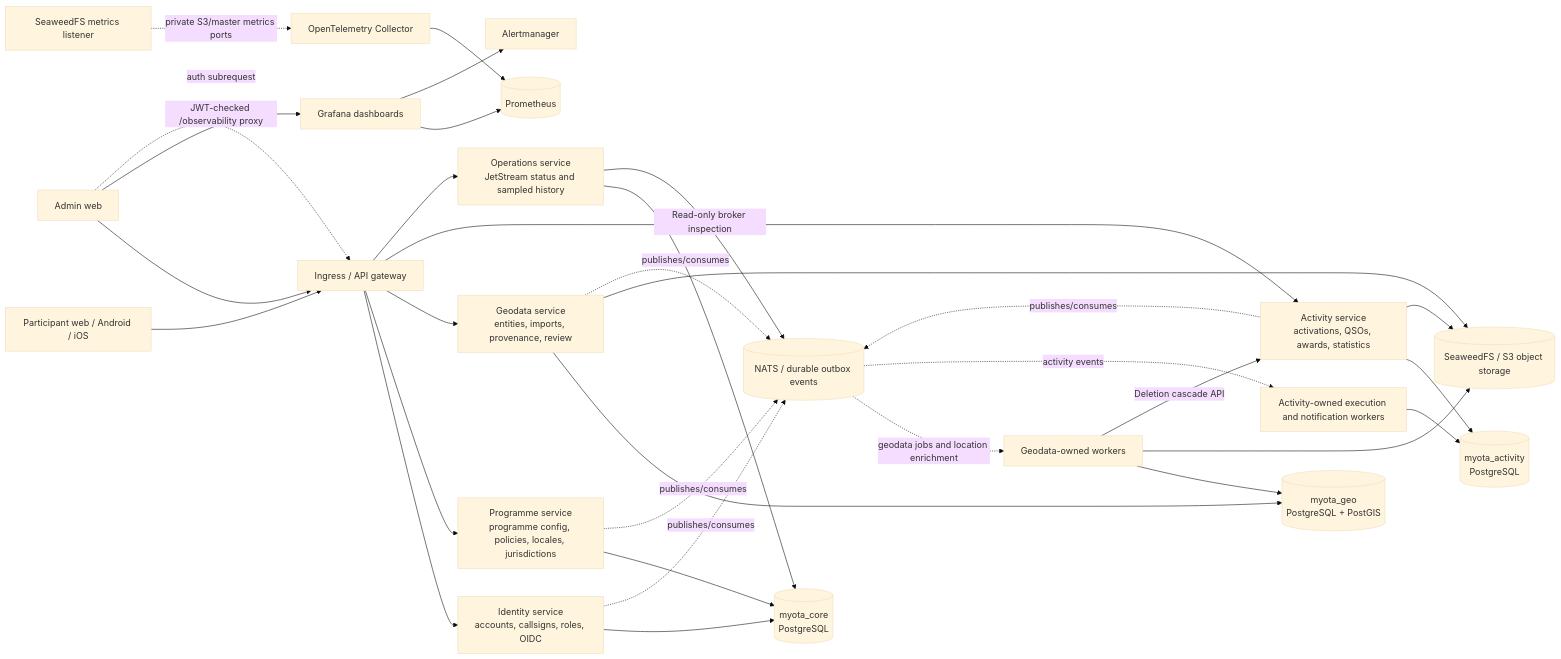
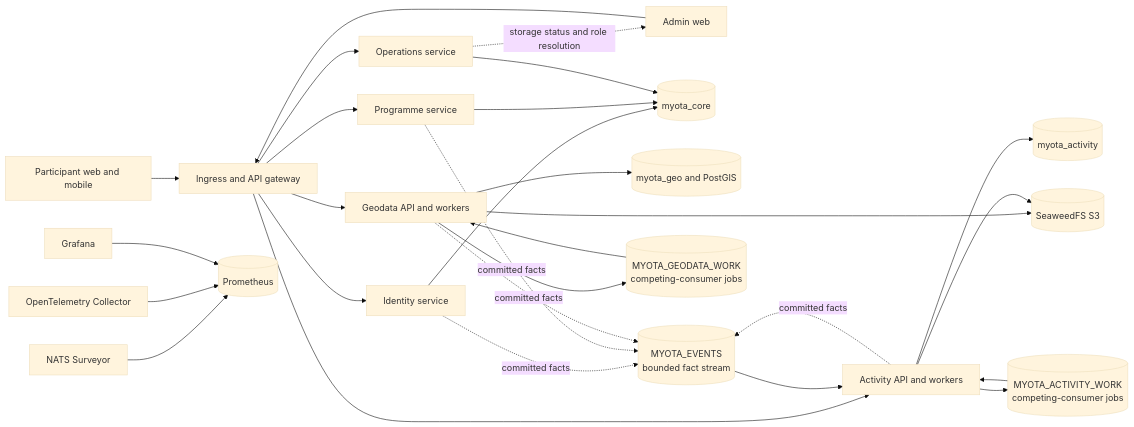
One commit to myota-platform/myota-docs changed the diagram in docs/architecture/diagrams/service-boundaries.md. Above: the diagram before and after it, drawn with Mermaid (base theme). The commit also changed other lines of this file and 19 other files, not shown here.

````diff
--- a/docs/architecture/diagrams/service-boundaries.md
+++ b/docs/architecture/diagrams/service-boundaries.md
@@ -8,50 +7,53 @@
 ```mermaid
 flowchart LR
-  Participant[Participant web / Android / iOS]
+  Participant[Participant web and mobile]
   Admin[Admin web]
-  Grafana[Grafana dashboards]
+  Gateway[Ingress and API gateway]
+  Identity[Identity service]
+  Programme[Programme service]
+  Activity[Activity API and workers]
+  Geodata[Geodata API and workers]
+  Operations[Operations service]
+  Core[(myota_core)]
+  ActivityDB[(myota_activity)]
+  GeoDB[(myota_geo and PostGIS)]
+  Objects[(SeaweedFS S3)]
+  Events[(MYOTA_EVENTS<br/>bounded fact stream)]
+  ActivityWork[(MYOTA_ACTIVITY_WORK<br/>competing-consumer jobs)]
+  GeoWork[(MYOTA_GEODATA_WORK<br/>competing-consumer jobs)]
+  Surveyor[NATS Surveyor]
   Prometheus[(Prometheus)]
-  Alertmanager[Alertmanager]
-  Gateway[Ingress / API gateway]
-  Events[(NATS / durable outbox events)]
-  Core[(myota_core\nPostgreSQL)]
-  ActivityDB[(myota_activity\nPostgreSQL)]
-  GeoDB[(myota_geo\nPostgreSQL + PostGIS)]
-  Objects[(SeaweedFS / S3 object storage)]
-  SeaweedMetrics[SeaweedFS metrics listener]
   Collector[OpenTelemetry Collector]
+  Grafana[Grafana]
 
   Participant --> Gateway
   Admin --> Gateway
-  Admin -->|JWT-checked /observability proxy| Grafana
-  Admin -. auth subrequest .-> Gateway
-  Grafana --> Prometheus
-  Grafana --> Alertmanager
-  Gateway --> Identity[Identity service\naccounts, callsigns, roles, OIDC]
-  Gateway --> Programme[Programme service\nprogramme config, policies, locales, jurisdictions]
-  Gateway --> Geodata[Geodata service\nentities, imports, provenance, review]
-  Gateway --> Activity[Activity service\nactivations, QSOs, awards, statistics]
-  Gateway --> Operations[Operations service\nJetStream status and sampled history]
+  Gateway --> Identity
+  Gateway --> Programme
+  Gateway --> Activity
+  Gateway --> Geodata
+  Gateway --> Operations
 
   Identity --> Core
   Programme --> Core
   Operations --> Core
-  Operations -->|Read-only broker inspection| Events
+  Activity --> ActivityDB
   Geodata --> GeoDB
-  Activity --> ActivityDB
   Geodata --> Objects
   Activity --> Objects
-  SeaweedMetrics -. private S3/master metrics ports .-> Collector
+
+  Identity -. committed facts .-> Events
+  Programme -. committed facts .-> Events
+  Activity -. committed facts .-> Events
+  Geodata -. committed facts .-> Events
+  Activity --> ActivityWork
+  Geodata --> GeoWork
+  ActivityWork --> Activity
+  GeoWork --> Geodata
+  Events --> Activity
+
+  Surveyor --> Prometheus
   Collector --> Prometheus
-
-  Identity -. publishes/consumes .-> Events
-  Programme -. publishes/consumes .-> Events
-  Geodata -. publishes/consumes .-> Events
-  Activity -. publishes/consumes .-> Events
-  Events -. geodata jobs and location enrichment .-> GeoWorkers[Geodata-owned workers]
-  GeoWorkers --> GeoDB
-  GeoWorkers --> Objects
-  GeoWorkers -->|Deletion cascade API| Activity
-  ActivityWorkers[Activity-owned execution and notification workers] --> ActivityDB
-  Events -. activity events .-> ActivityWorkers
+  Operations -. storage status and role resolution .-> Admin
+  Grafana --> Prometheus
 ```
````
